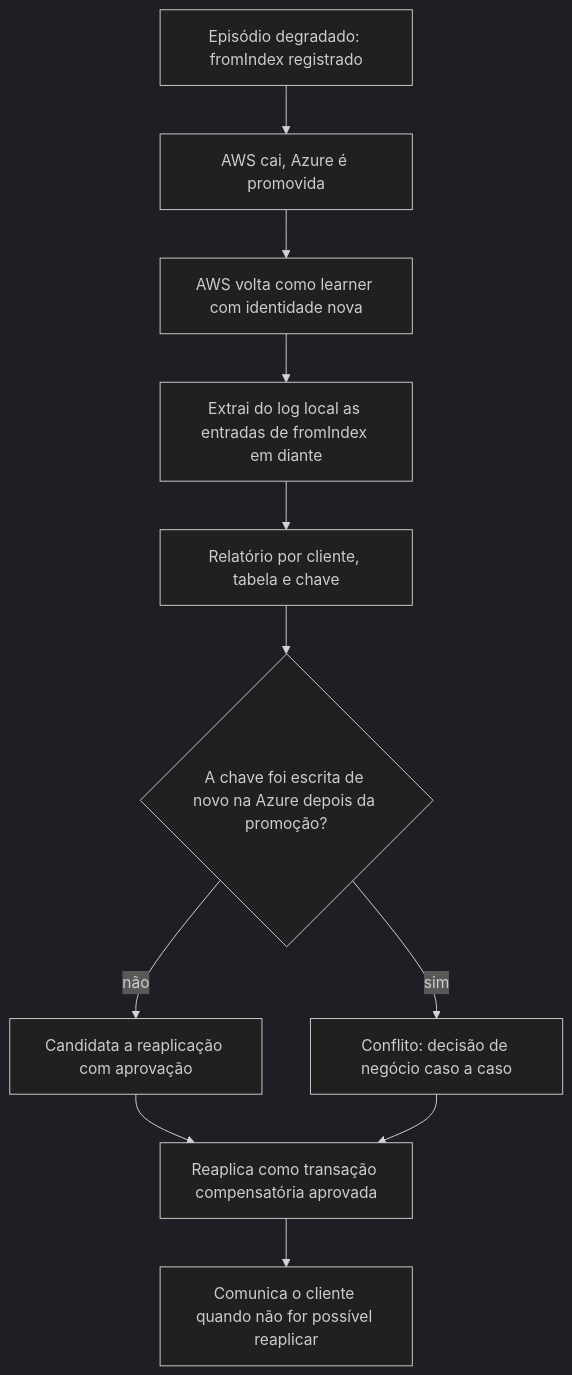
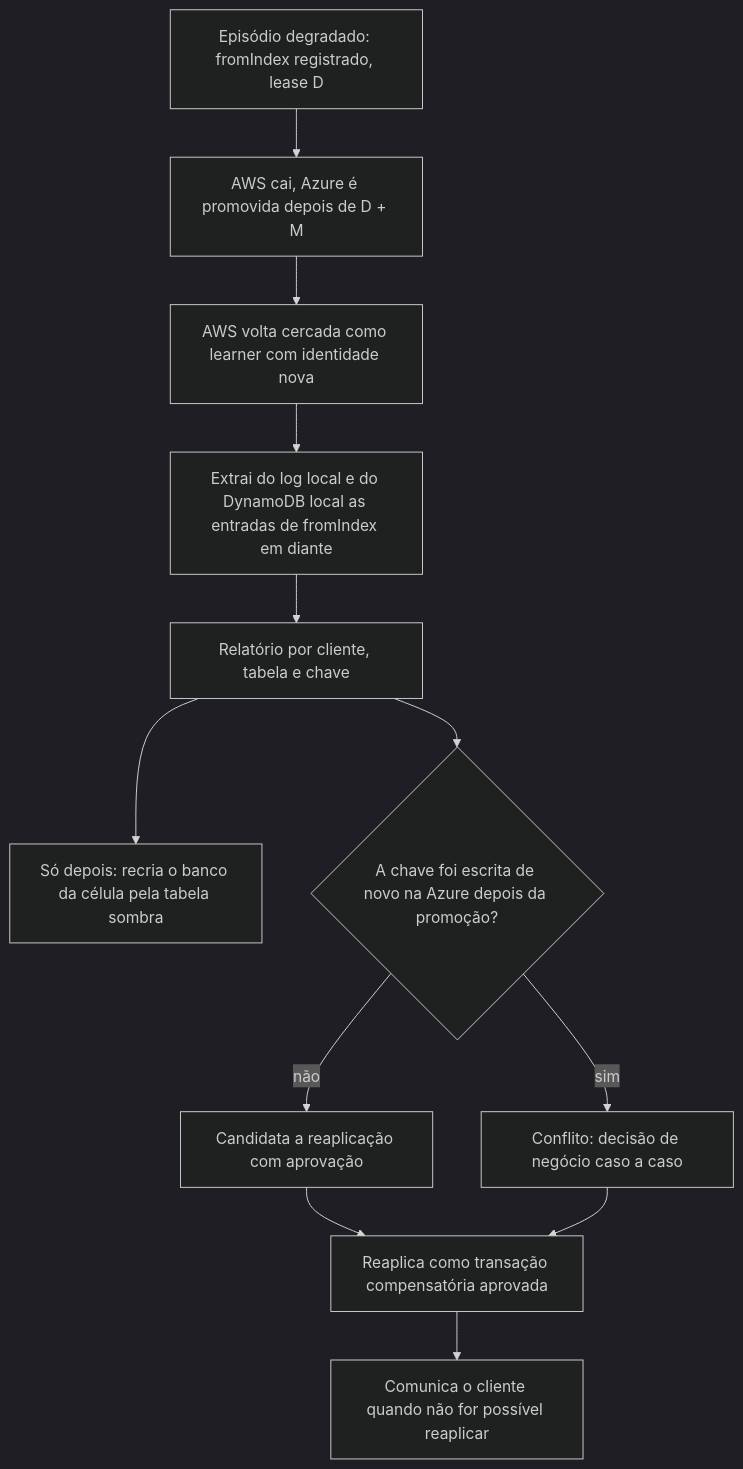
The diagram in 02_cenarios/a_rever/R13-escritas-orfas-reconciliacao.md (brbarmex/k), drawn with Mermaid (dark theme) before and after one commit. The commit also changed other lines of this file and 139 other files, not shown here.

````diff
--- a/02_cenarios/a_rever/R13-escritas-orfas-reconciliacao.md
+++ b/02_cenarios/a_rever/R13-escritas-orfas-reconciliacao.md
@@ -13,13 +17,14 @@
 ```mermaid
 flowchart TD
-    A["Episódio degradado: fromIndex registrado"] --> B["AWS cai, Azure é promovida"]
-    B --> C["AWS volta como learner com identidade nova"]
-    C --> D["Extrai do log local as entradas de fromIndex em diante"]
+    A["Episódio degradado: fromIndex registrado, lease D"] --> B["AWS cai, Azure é promovida depois de D + M"]
+    B --> C["AWS volta cercada como learner com identidade nova"]
+    C --> D["Extrai do log local e do DynamoDB local as entradas de fromIndex em diante"]
     D --> E["Relatório por cliente, tabela e chave"]
+    E --> R["Só depois: recria o banco da célula pela tabela sombra"]
     E --> F{"A chave foi escrita de novo na Azure depois da promoção?"}
     F -->|"não"| G["Candidata a reaplicação com aprovação"]
     F -->|"sim"| H["Conflito: decisão de negócio caso a caso"]
     G --> I["Reaplica como transação compensatória aprovada"]
     H --> I
     I --> J["Comunica o cliente quando não for possível reaplicar"]
 ```
````
